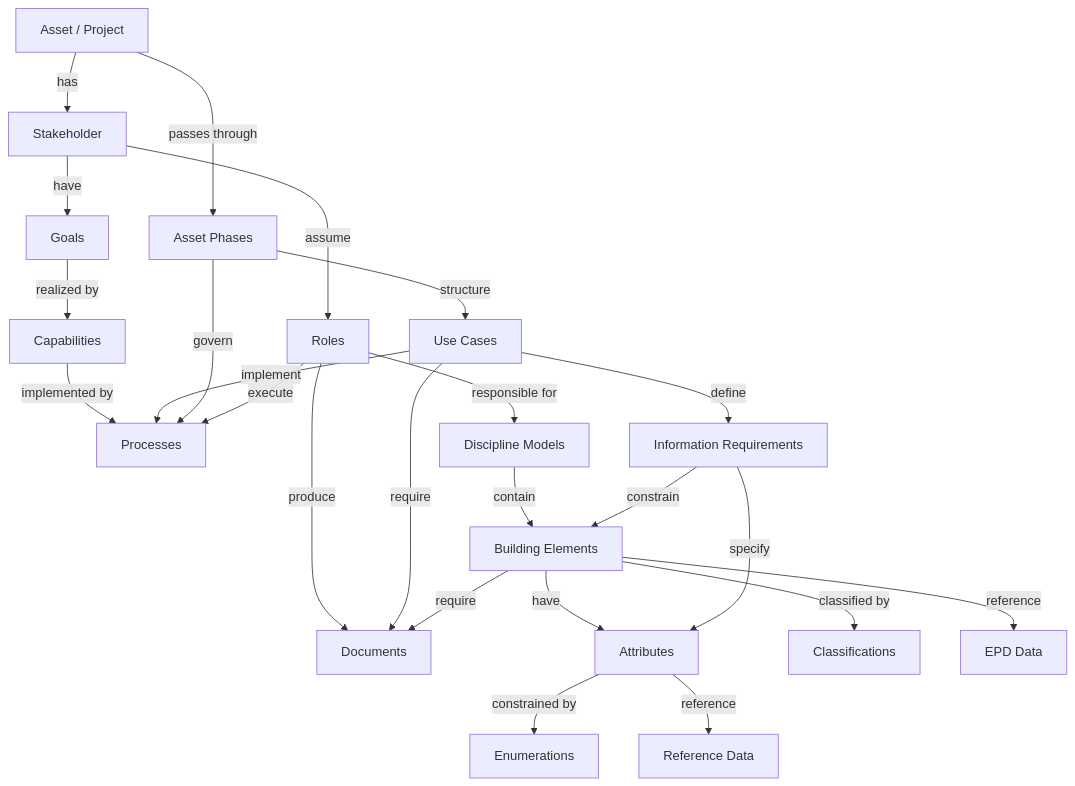
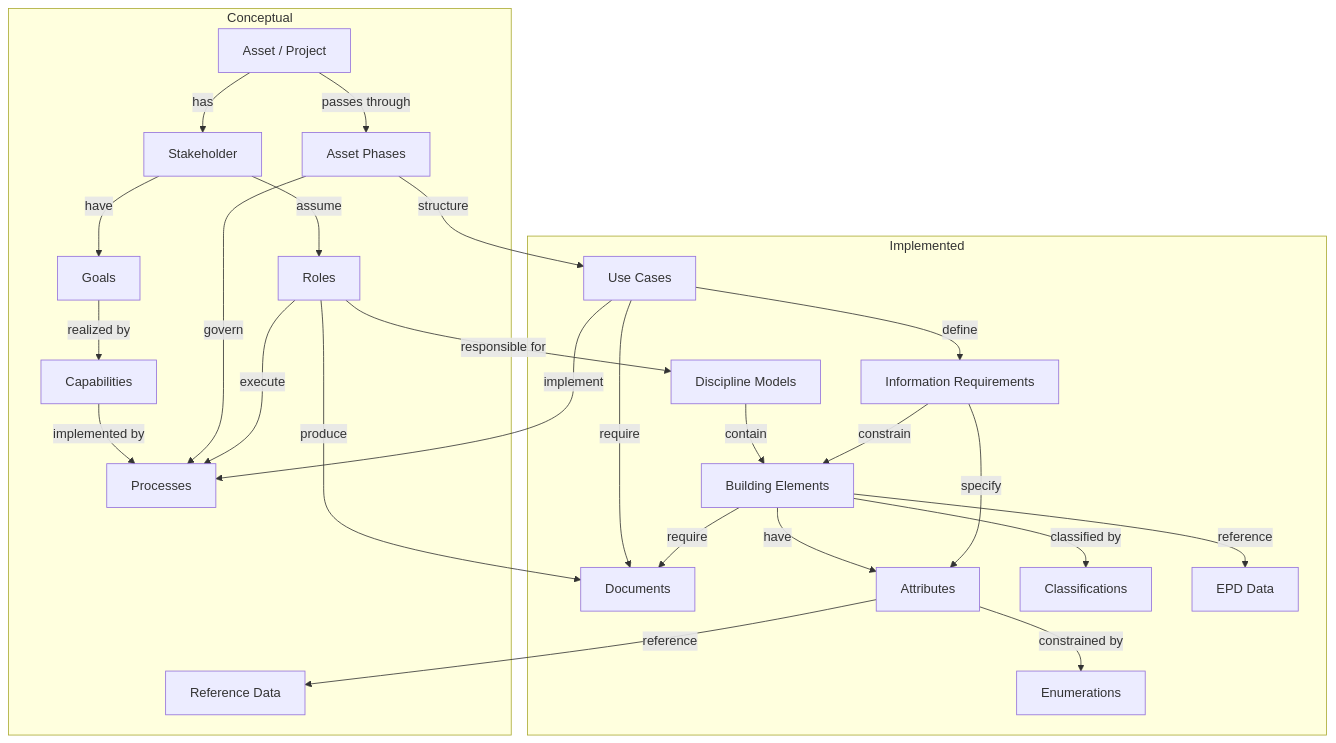
One commit to bbl-dres/kbob-fdk changed the second of 2 diagrams in README.md. Above: the diagram before and after it, drawn with Mermaid. The commit also changed other lines of this file, not shown here.

Commit message:
Add separate Mermaid diagrams for implemented vs full data model
Split Data Model section into two diagrams:
- Implemented Entities: focused view of the 9 entities currently in the catalog
- Full Conceptual Model: complete view with subgraph grouping showing
  conceptual vs implemented entities and their relationships

````diff
--- a/README.md
+++ b/README.md
@@ -95,26 +113,40 @@
 ```mermaid
 flowchart TB
-    STAKEHOLDER["Stakeholder"] -- have --> GOALS["Goals"]
-    STAKEHOLDER -- assume --> ROLES["Roles"]
-    PROJECT["Asset / Project"] -- has --> STAKEHOLDER
-    PROJECT -- passes through --> PHASES["Asset Phases"]
-    GOALS -- realized by --> CAPABILITIES["Capabilities"]
-    CAPABILITIES -- implemented by --> PROCESSES["Processes"]
-    USECASES["Use Cases"] -- implement --> PROCESSES
+    subgraph Conceptual
+        STAKEHOLDER["Stakeholder"] -- have --> GOALS["Goals"]
+        STAKEHOLDER -- assume --> ROLES["Roles"]
+        PROJECT["Asset / Project"] -- has --> STAKEHOLDER
+        PROJECT -- passes through --> PHASES["Asset Phases"]
+        GOALS -- realized by --> CAPABILITIES["Capabilities"]
+        CAPABILITIES -- implemented by --> PROCESSES["Processes"]
+        PHASES -- govern --> PROCESSES
+        ROLES -- execute --> PROCESSES
+        REFDATA["Reference Data"]
+    end
+    subgraph Implemented
+        USECASES["Use Cases"]
+        MODELS["Discipline Models"]
+        DOCUMENTS["Documents"]
+        ELEMENTS["Building Elements"]
+        LOIN["Information Requirements"]
+        ATTRIBUTES["Attributes"]
+        CLASSIFICATIONS["Classifications"]
+        EPDS["EPD Data"]
+        ENUMERATIONS["Enumerations"]
+    end
+    USECASES -- implement --> PROCESSES
     PHASES -- structure --> USECASES
-    PHASES -- govern --> PROCESSES
-    ROLES -- execute --> PROCESSES
-    ROLES -- responsible for --> MODELS["Discipline Models"]
-    ROLES -- produce --> DOCUMENTS["Documents"]
-    USECASES -- define --> LOIN["Information Requirements"]
+    ROLES -- responsible for --> MODELS
+    ROLES -- produce --> DOCUMENTS
+    USECASES -- define --> LOIN
     USECASES -- require --> DOCUMENTS
-    MODELS -- contain --> ELEMENTS["Building Elements"]
+    MODELS -- contain --> ELEMENTS
     LOIN -- constrain --> ELEMENTS
-    ELEMENTS -- have --> ATTRIBUTES["Attributes"]
+    ELEMENTS -- have --> ATTRIBUTES
     LOIN -- specify --> ATTRIBUTES
-    ELEMENTS -- classified by --> CLASSIFICATIONS["Classifications"]
-    ELEMENTS -- reference --> EPDS["EPD Data"]
-    ATTRIBUTES -- constrained by --> ENUMERATIONS["Enumerations"]
-    ATTRIBUTES -- reference --> REFDATA["Reference Data"]
+    ELEMENTS -- classified by --> CLASSIFICATIONS
+    ELEMENTS -- reference --> EPDS
+    ATTRIBUTES -- constrained by --> ENUMERATIONS
+    ATTRIBUTES -- reference --> REFDATA
     ELEMENTS -- require --> DOCUMENTS
 ```
````
